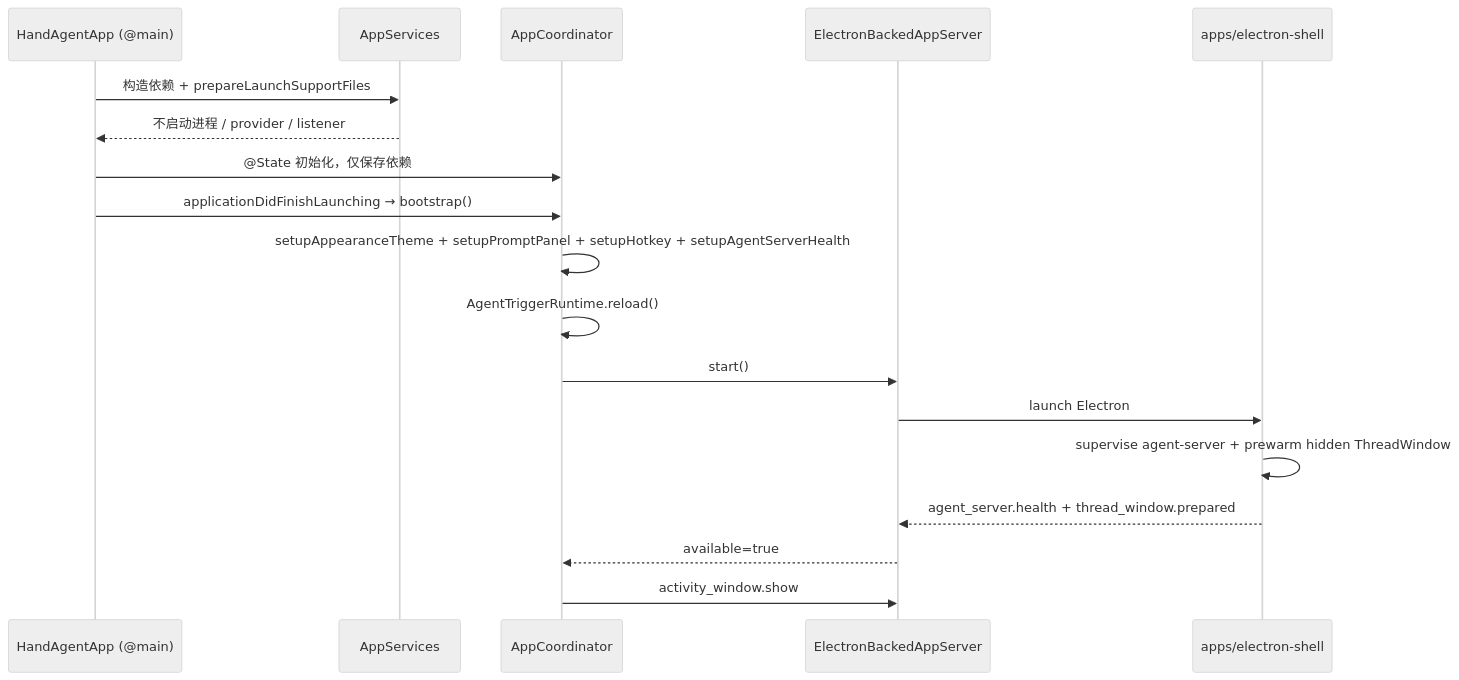
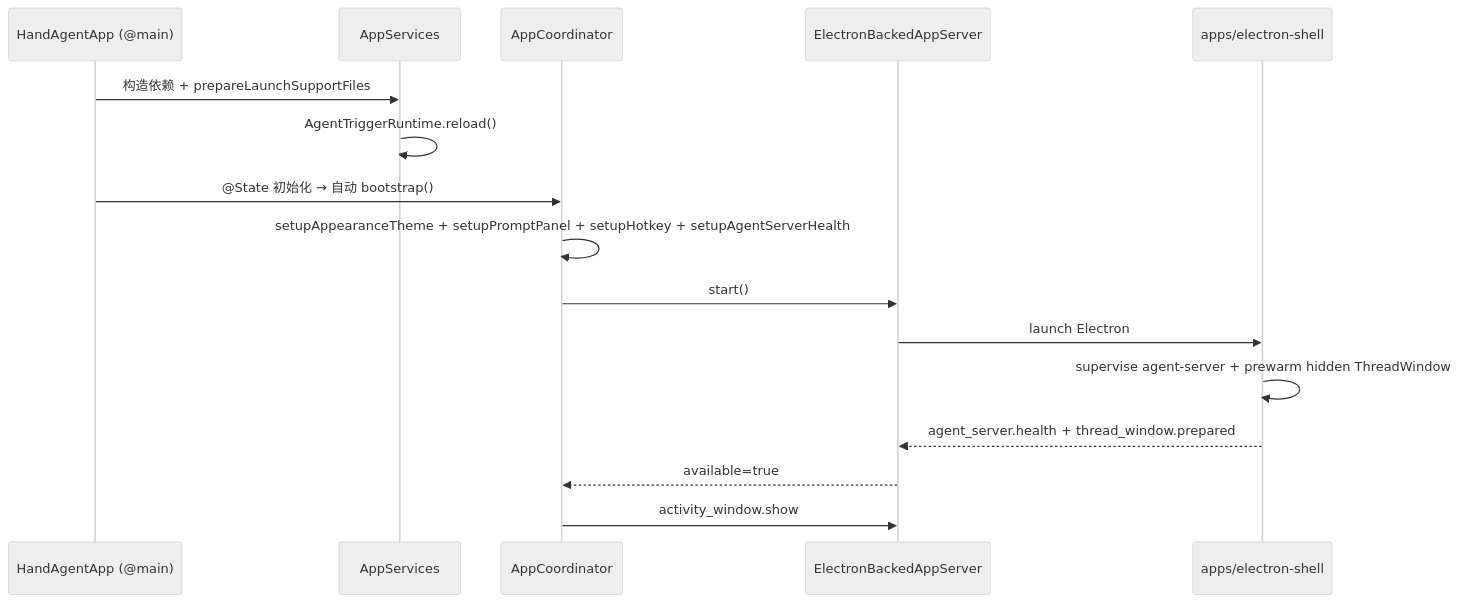
Before and after one commit to Lixuhang987/Wisp-Pocket: the first of 2 diagrams in apps/desktop/desktop.md, drawn with Mermaid (neutral theme). The commit also changed other lines of this file and 12 other files, not shown here.

First line of the commit message:
Revert "Fix AgentTrigger bridge bootstrap lifecycle"

````diff
--- a/apps/desktop/desktop.md
+++ b/apps/desktop/desktop.md
@@ -61,21 +60,19 @@
 ```mermaid
 sequenceDiagram
   participant App as HandAgentApp (@main)
   participant Services as AppServices
   participant Coord as AppCoordinator
   participant Electron as ElectronBackedAppServer
   participant Shell as apps/electron-shell
 
   App->>Services: 构造依赖 + prepareLaunchSupportFiles
-  Services-->>App: 不启动进程 / provider / listener
-  App->>Coord: @State 初始化，仅保存依赖
-  App->>Coord: applicationDidFinishLaunching → bootstrap()
+  Services->>Services: AgentTriggerRuntime.reload()
+  App->>Coord: @State 初始化 → 自动 bootstrap()
   Coord->>Coord: setupAppearanceTheme + setupPromptPanel + setupHotkey + setupAgentServerHealth
-  Coord->>Coord: AgentTriggerRuntime.reload()
   Coord->>Electron: start()
   Electron->>Shell: launch Electron
   Shell->>Shell: supervise agent-server + prewarm hidden ThreadWindow
   Shell-->>Electron: agent_server.health + thread_window.prepared
   Electron-->>Coord: available=true
   Coord->>Electron: activity_window.show
 ```
````
